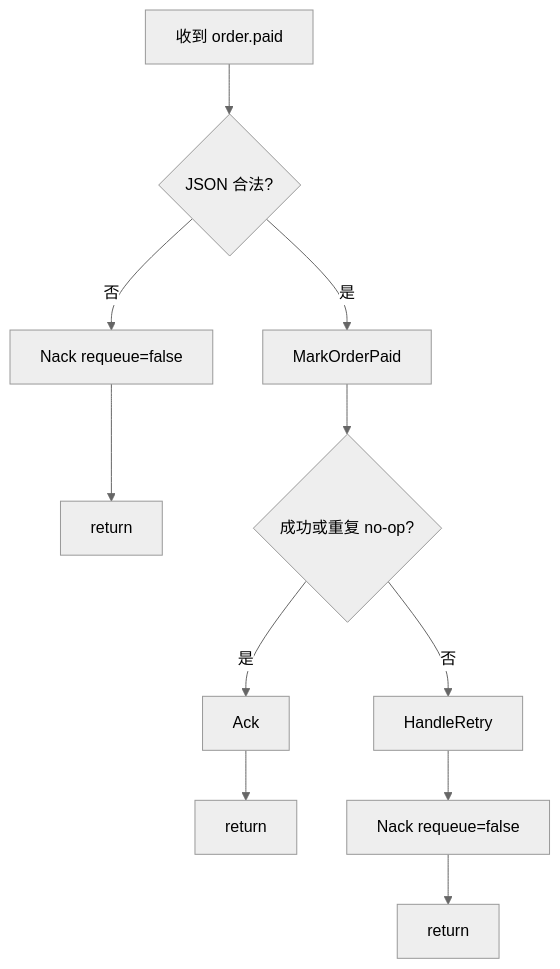
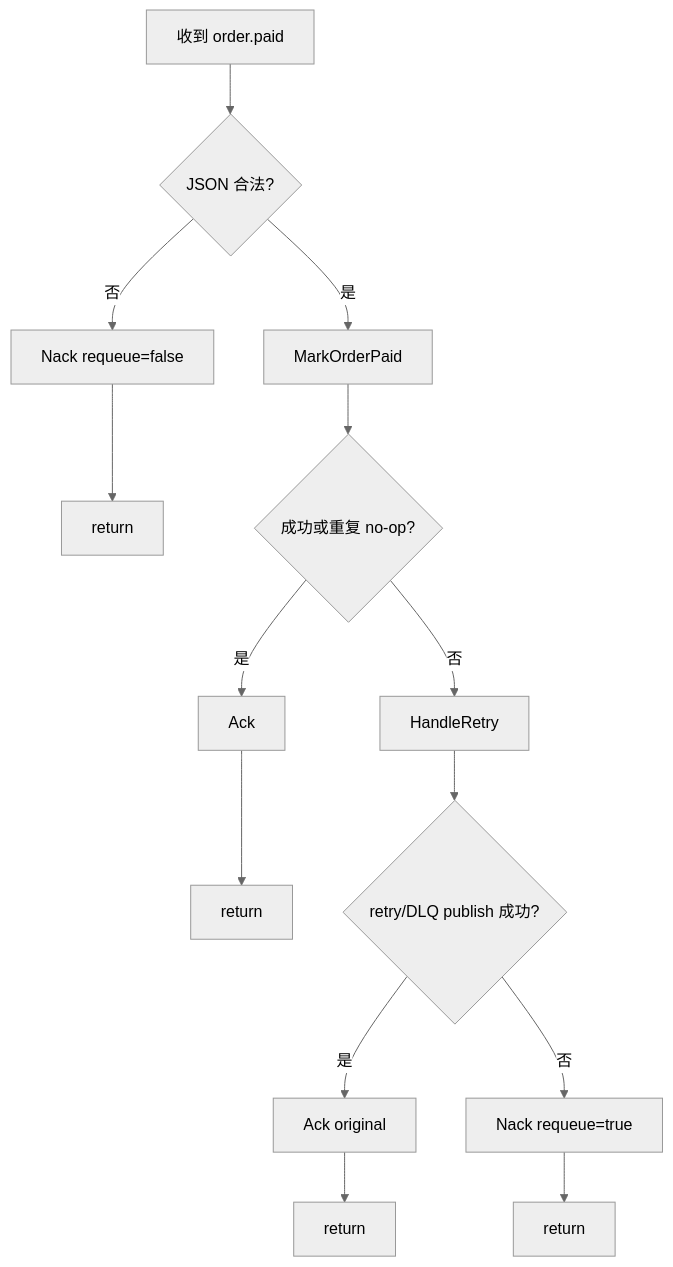
Before and after one commit to jiahuipaung/gorder: the first of 2 diagrams in docs/architecture/reliability.md, drawn with Mermaid (neutral theme). The commit also changed other lines of this file and 8 other files, not shown here.

````diff
--- a/docs/architecture/reliability.md
+++ b/docs/architecture/reliability.md
@@ -78,10 +78,12 @@
 ```mermaid
 flowchart TD
     D[收到 order.paid] --> J{JSON 合法?}
     J -- 否 --> N1[Nack requeue=false] --> R1[return]
     J -- 是 --> M[MarkOrderPaid]
     M --> O{成功或重复 no-op?}
     O -- 是 --> A[Ack] --> R2[return]
     O -- 否 --> H[HandleRetry]
-    H --> N2[Nack requeue=false] --> R3[return]
+    H --> P{retry/DLQ publish 成功?}
+    P -- 是 --> A2[Ack original] --> R3[return]
+    P -- 否 --> N2[Nack requeue=true] --> R4[return]
 ```
````
